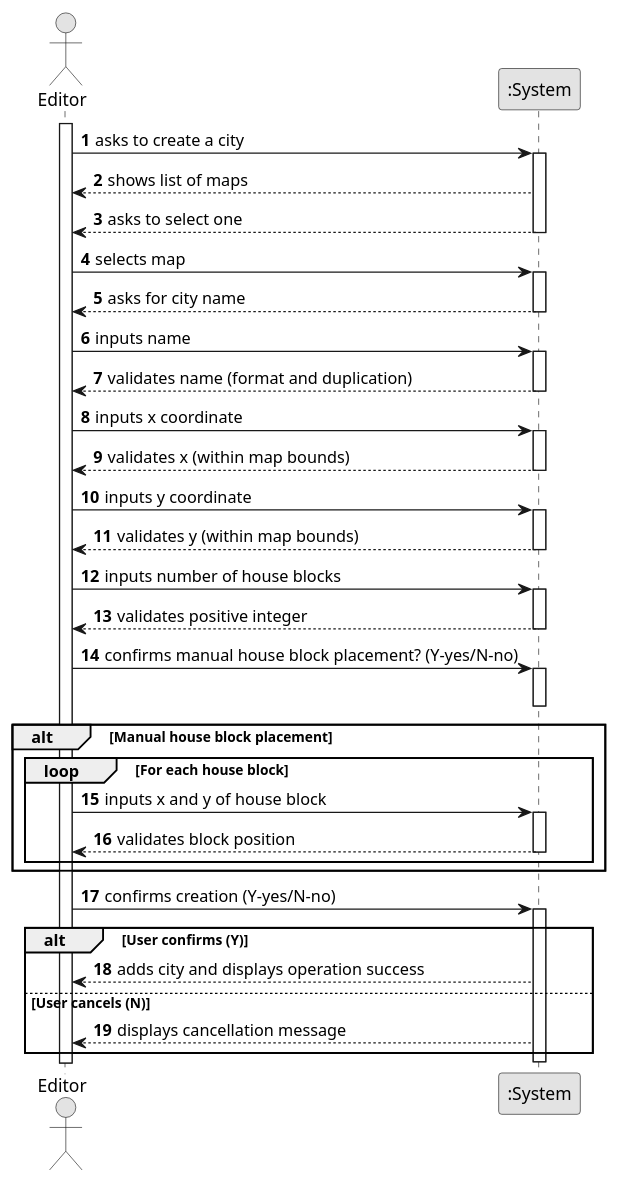
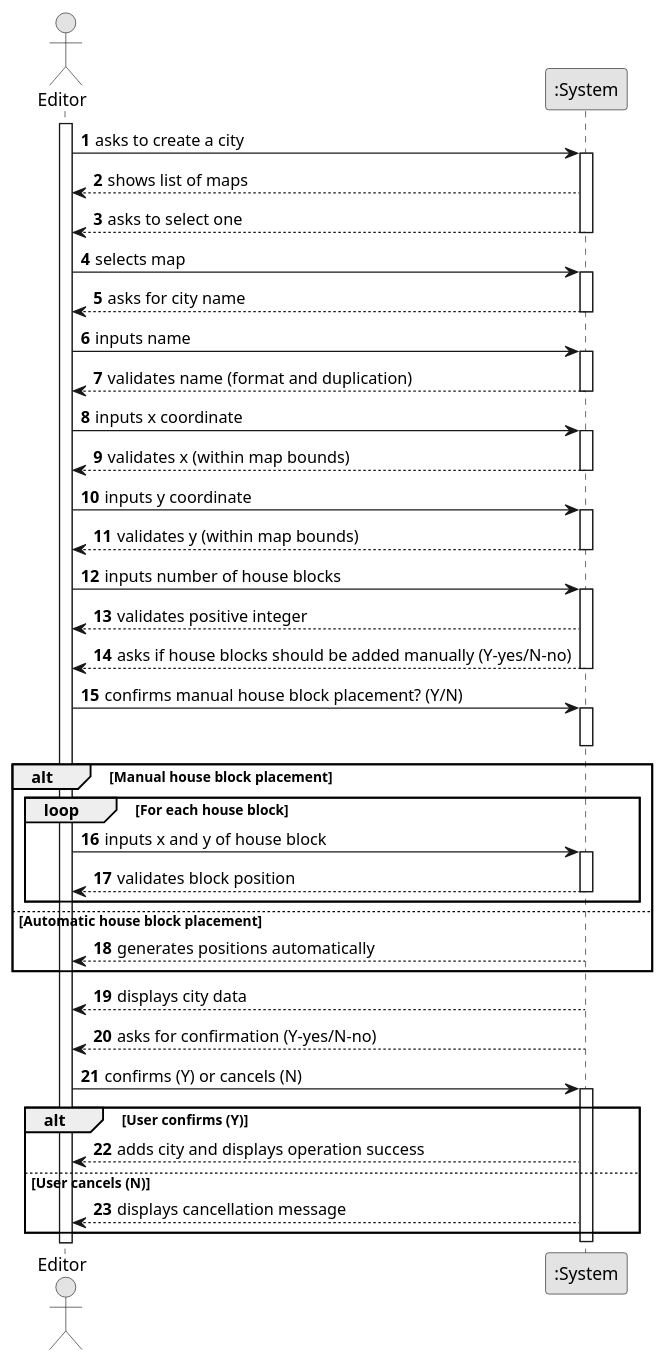
The diagram in docs/system-documentation/US003/01.requirements-engineering/puml/US003-SSD.puml (bruno-monteiro5/sem2-pi-24.25-g132-repo), drawn with PlantUML before and after one commit. The commit also changed 10 other files, not shown here.

```diff
--- a/docs/system-documentation/US003/01.requirements-engineering/puml/US003-SSD.puml
+++ b/docs/system-documentation/US003/01.requirements-engineering/puml/US003-SSD.puml
@@ -1,73 +1,80 @@
 @startuml
 skinparam monochrome true
 skinparam packageStyle rectangle
 skinparam shadowing false
 
 autonumber
 
 actor "Editor" as Editor
 participant ":System" as System
 
 activate Editor
 
     Editor -> System : asks to create a city
     activate System
 
         System --> Editor : shows list of maps
         System --> Editor : asks to select one
     deactivate System
 
     Editor -> System : selects map
     activate System
 
         System --> Editor : asks for city name
     deactivate System
 
     Editor -> System : inputs name
     activate System
 
         System --> Editor : validates name (format and duplication)
     deactivate System
 
     Editor -> System : inputs x coordinate
     activate System
         System --> Editor : validates x (within map bounds)
     deactivate System
 
     Editor -> System : inputs y coordinate
     activate System
         System --> Editor : validates y (within map bounds)
     deactivate System
 
     Editor -> System : inputs number of house blocks
     activate System
         System --> Editor : validates positive integer
+         System --> Editor : asks if house blocks should be added manually (Y-yes/N-no)
     deactivate System
 
-    Editor -> System : confirms manual house block placement? (Y-yes/N-no)
+
+    Editor -> System : confirms manual house block placement? (Y/N)
     activate System
     deactivate System
 
     alt Manual house block placement
 
         loop For each house block
             Editor -> System : inputs x and y of house block
             activate System
                 System --> Editor : validates block position
             deactivate System
         end
 
+    else Automatic house block placement
+        System --> Editor : generates positions automatically
     end
 
-    Editor -> System : confirms creation (Y-yes/N-no)
+    System --> Editor : displays city data
+    System --> Editor : asks for confirmation (Y-yes/N-no)
+
+    Editor -> System : confirms (Y) or cancels (N)
     activate System
 
-        alt User confirms (Y)
-            System --> Editor : adds city and displays operation success
-        else User cancels (N)
-            System --> Editor : displays cancellation message
-        end
+    alt User confirms (Y)
+        System --> Editor : adds city and displays operation success
+    else User cancels (N)
+        System --> Editor : displays cancellation message
+    end
 
     deactivate System
 
 @enduml
```
